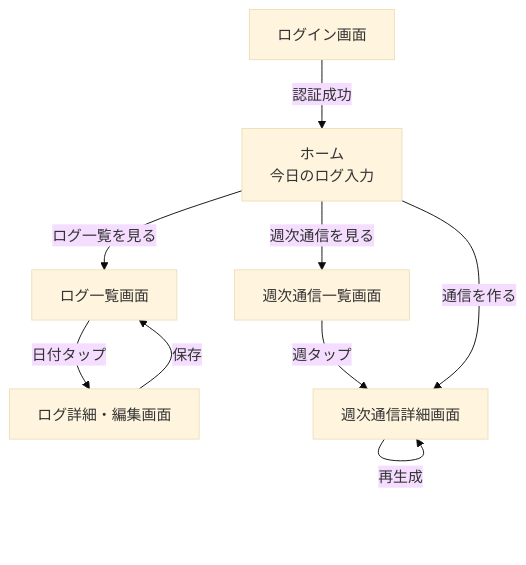
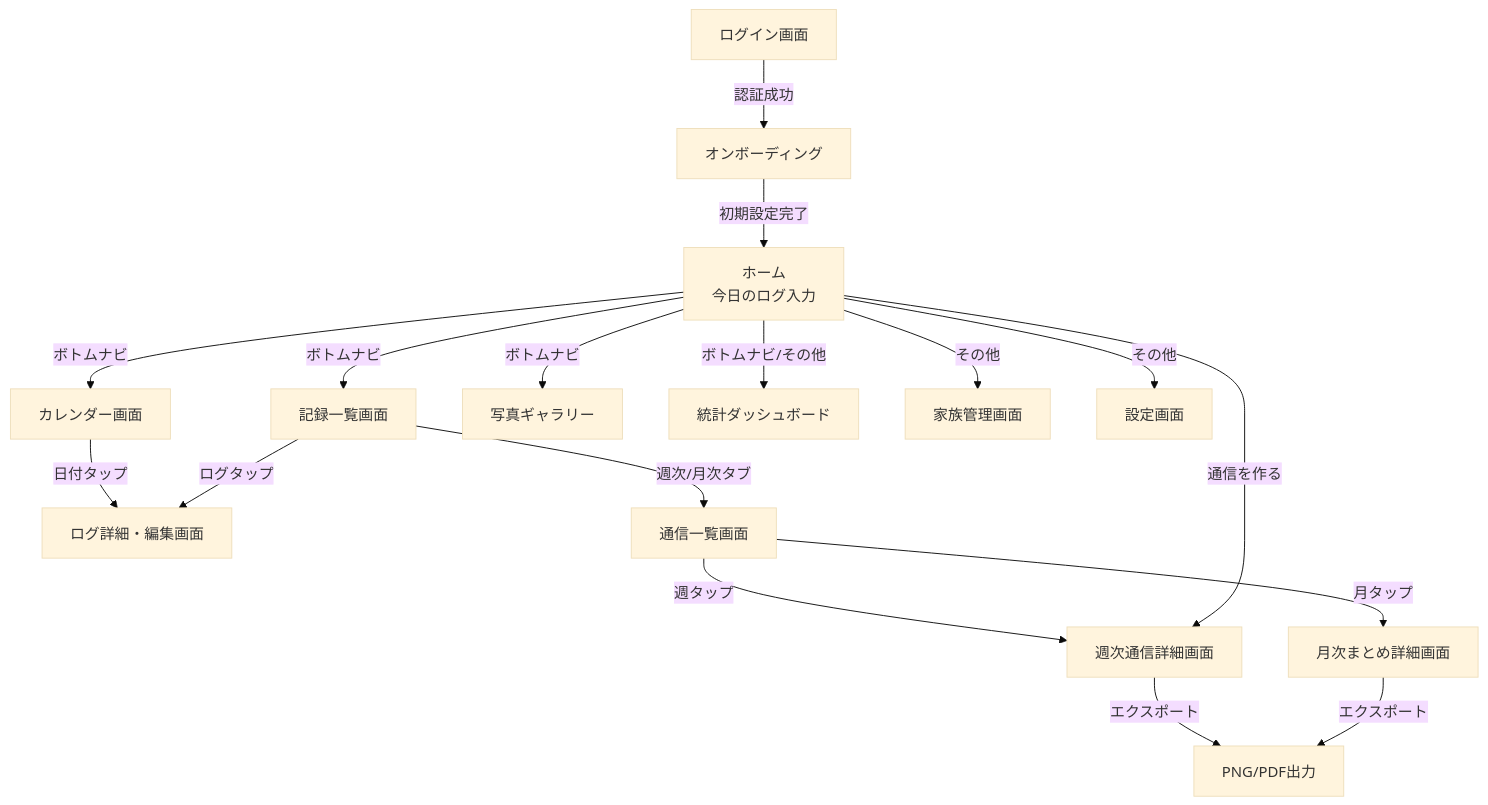
The third of 4 diagrams in docs/functional-design.md (Hiroaki0117/baby-weekly-letter), drawn with Mermaid (base theme) before and after one commit. The commit also changed other lines of this file and 4 other files, not shown here.

````diff
--- a/docs/functional-design.md
+++ b/docs/functional-design.md
@@ -288,15 +367,24 @@
 ```mermaid
 graph TD
-    Login[ログイン画面] -->|認証成功| Home
+    Login[ログイン画面] -->|認証成功| Onboarding[オンボーディング]
+    Onboarding -->|初期設定完了| Home
 
-    Home[ホーム<br/>今日のログ入力] -->|ログ一覧を見る| LogList[ログ一覧画面]
-    Home -->|週次通信を見る| WeeklyList[週次通信一覧画面]
+    Home[ホーム<br/>今日のログ入力] -->|ボトムナビ| Calendar[カレンダー画面]
+    Home -->|ボトムナビ| LogList[記録一覧画面]
+    Home -->|ボトムナビ| Gallery[写真ギャラリー]
+    Home -->|ボトムナビ/その他| Stats[統計ダッシュボード]
+    Home -->|その他| Family[家族管理画面]
+    Home -->|その他| Settings[設定画面]
 
-    LogList -->|日付タップ| LogDetail[ログ詳細・編集画面]
-    LogDetail -->|保存| LogList
+    Calendar -->|日付タップ| LogDetail[ログ詳細・編集画面]
+
+    LogList -->|週次/月次タブ| WeeklyList[通信一覧画面]
+    LogList -->|ログタップ| LogDetail
 
     WeeklyList -->|週タップ| WeeklyDetail[週次通信詳細画面]
-    WeeklyDetail -->|再生成| WeeklyDetail
+    WeeklyList -->|月タップ| MonthlyDetail[月次まとめ詳細画面]
+    WeeklyDetail -->|エクスポート| Export[PNG/PDF出力]
+    MonthlyDetail -->|エクスポート| Export
 
     Home -->|通信を作る| WeeklyDetail
 ```
````
